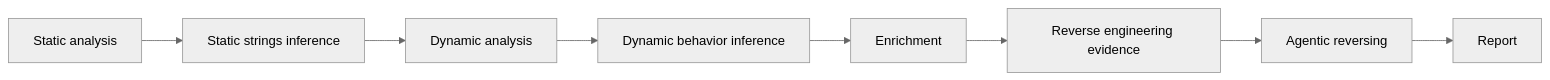
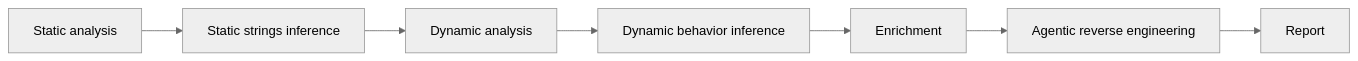
One commit to pablo-972/AIM changed the first of 2 diagrams in docs/phases/README.md. Above: the diagram before and after it, drawn with Mermaid (neutral theme).

````diff
--- a/docs/phases/README.md
+++ b/docs/phases/README.md
@@ -10,10 +10,9 @@
 ```mermaid
 flowchart LR
     Static[Static analysis] --> StaticAI[Static strings inference]
     StaticAI --> Dynamic[Dynamic analysis]
     Dynamic --> DynamicAI[Dynamic behavior inference]
     DynamicAI --> Enrichment[Enrichment]
-    Enrichment --> ReverseInfo[Reverse engineering evidence]
-    ReverseInfo --> ReverseAgent[Agentic reversing]
+    Enrichment --> ReverseAgent[Agentic reverse engineering]
     ReverseAgent --> Report[Report]
 ```
````
